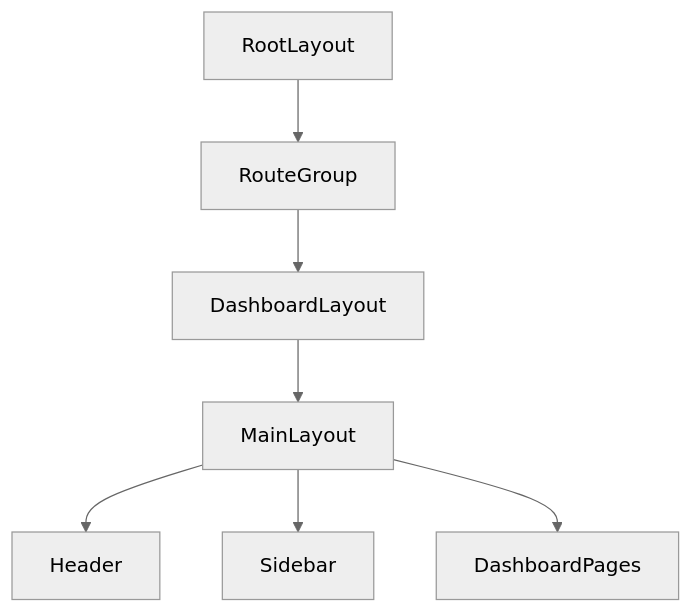
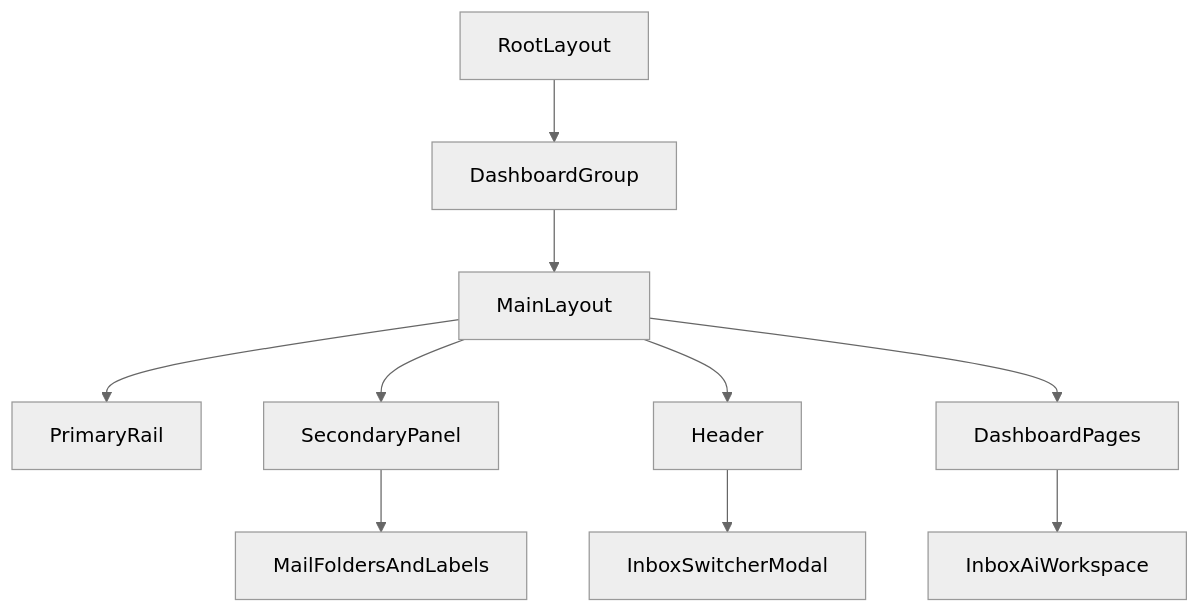
The diagram in apps/frontend/app/(dashboard)/README.md (AmanVatsSharma/MailZen-Smart-Email-Management), drawn with Mermaid (neutral theme) before and after one commit. The commit also changed other lines of this file and 4 other files, not shown here.

````diff
--- a/apps/frontend/app/(dashboard)/README.md
+++ b/apps/frontend/app/(dashboard)/README.md
@@ -13,9 +48,12 @@
 ```mermaid
 flowchart TD
-  RootLayout-->RouteGroup
-  RouteGroup-->DashboardLayout
-  DashboardLayout-->MainLayout
-  MainLayout-->Header
-  MainLayout-->Sidebar
-  MainLayout-->DashboardPages
+  RootLayout --> DashboardGroup
+  DashboardGroup --> MainLayout
+  MainLayout --> PrimaryRail
+  MainLayout --> SecondaryPanel
+  MainLayout --> Header
+  Header --> InboxSwitcherModal
+  MainLayout --> DashboardPages
+  SecondaryPanel --> MailFoldersAndLabels
+  DashboardPages --> InboxAiWorkspace
 ```
````
